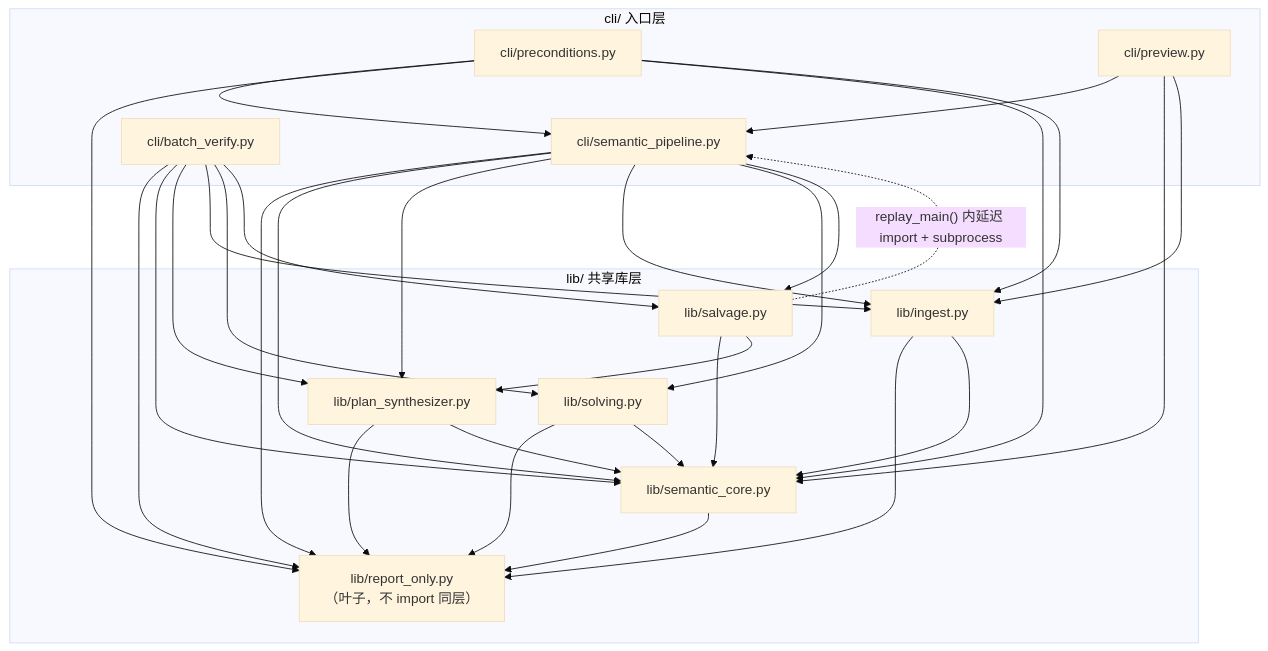
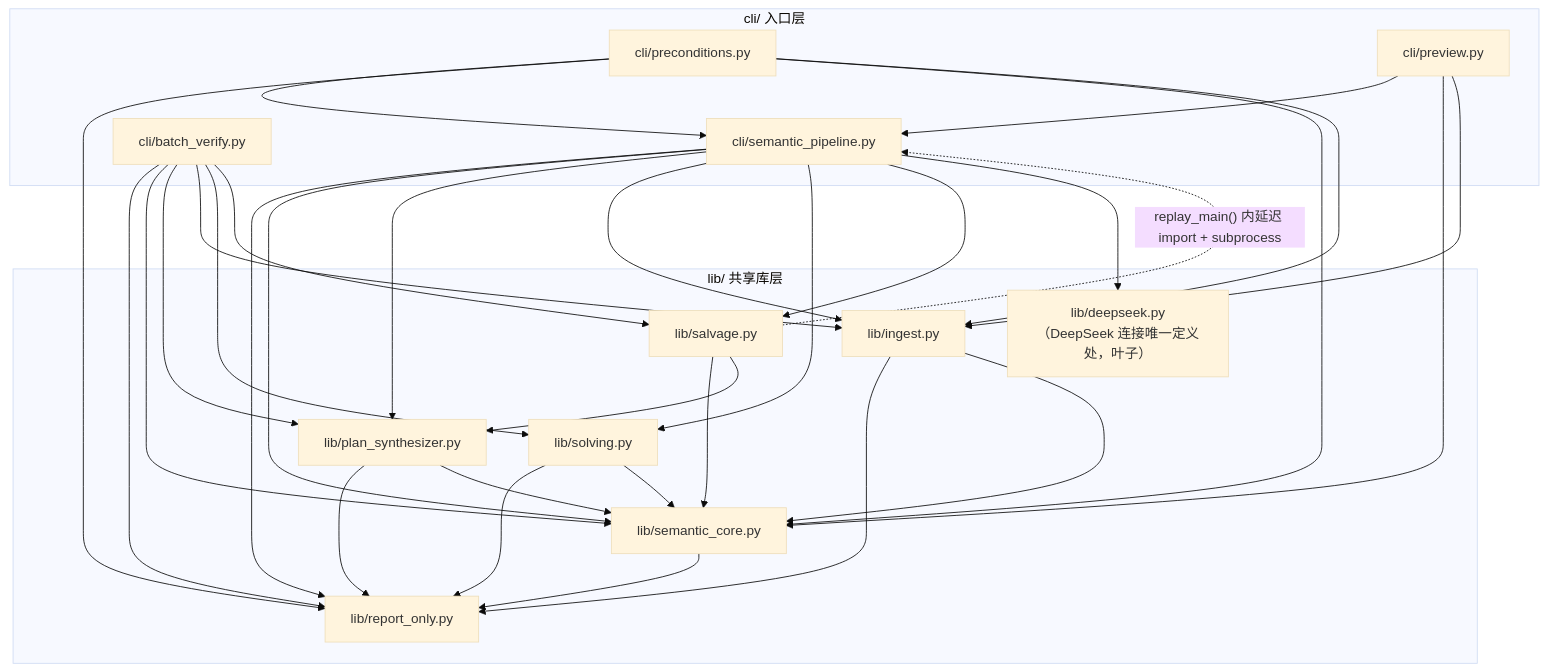
Before and after one commit to zmszdd/sc_slicer_standalone: the diagram in tools/report_constraints_v2/STRUCTURE.md, drawn with Mermaid (base theme). The commit also changed other lines of this file and 506 other files, not shown here.

````diff
--- a/tools/report_constraints_v2/STRUCTURE.md
+++ b/tools/report_constraints_v2/STRUCTURE.md
@@ -255,29 +270,31 @@
 ```mermaid
 graph TD
   subgraph cli["cli/ 入口层"]
     SP[cli/semantic_pipeline.py]
     BV[cli/batch_verify.py]
     PC[cli/preconditions.py]
     PV[cli/preview.py]
   end
   subgraph lib["lib/ 共享库层"]
     SC[lib/semantic_core.py]
     PS[lib/plan_synthesizer.py]
-    RO["lib/report_only.py<br/>（叶子，不 import 同层）"]
+    DP["lib/deepseek.py<br/>（DeepSeek 连接唯一定义处，叶子）"]
+    RO[lib/report_only.py]
     IN[lib/ingest.py]
     SO[lib/solving.py]
     SA[lib/salvage.py]
   end
 
   SP --> RO & SC & PS & IN & SO & SA
+  SP --> DP
   BV --> RO & SC & PS & IN & SO & SA
   PC --> SP & RO & SC & IN
   PV --> SP & SC & IN
 
   SC --> RO
   PS --> RO & SC
   IN --> RO & SC
   SO --> RO & SC
   SA --> SC & PS
   SA -. "replay_main() 内延迟 import + subprocess" .-> SP
 ```
````
